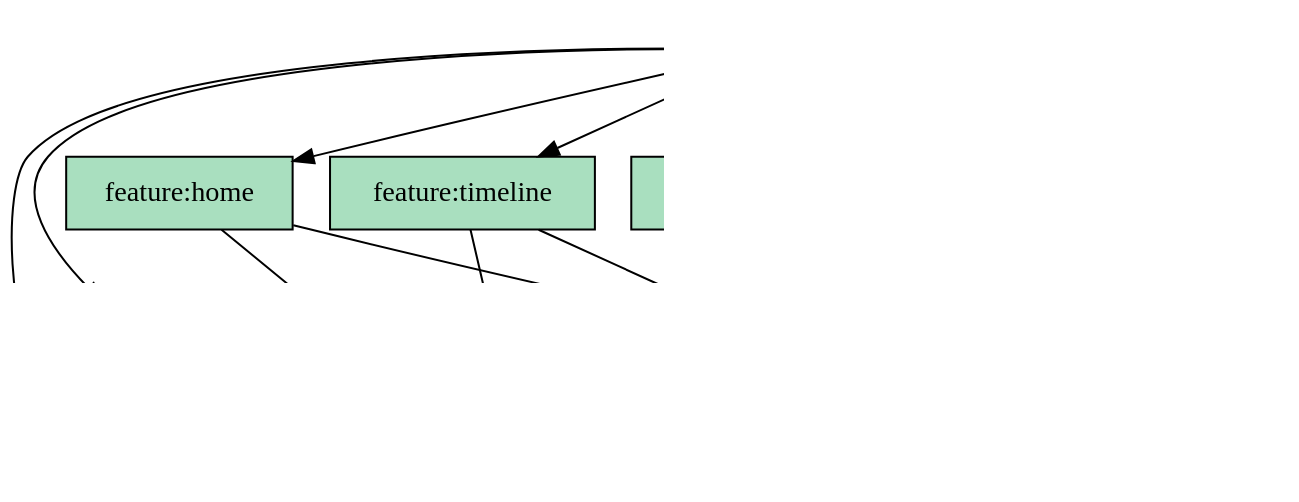
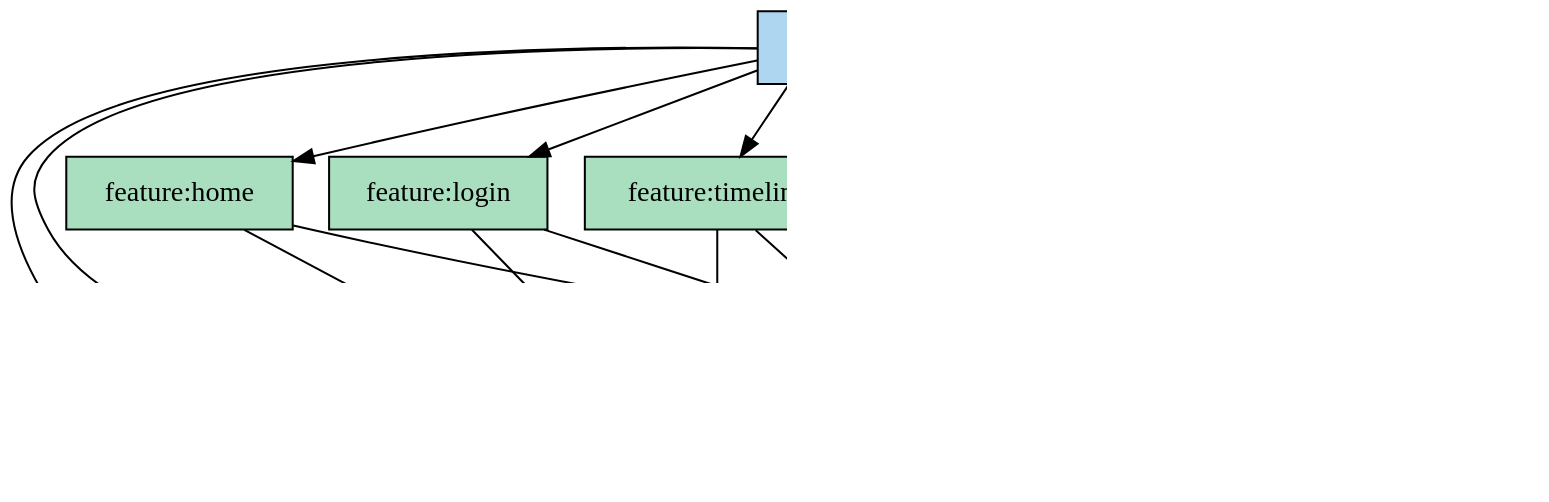
One commit to soma17th-369/Laimory-android changed the diagram in docs/dependency-graph/modules.dot. Above: the diagram before and after it, drawn with Graphviz. The commit also changed 2 other files, not shown here.

```diff
--- a/docs/dependency-graph/modules.dot
+++ b/docs/dependency-graph/modules.dot
@@ -1,40 +1,44 @@
 digraph "modules" {
 edge ["dir"="forward"]
 graph ["dpi"="150" "rankdir"="TB"]
 node ["shape"="rectangle" "style"="filled"]
 
 "app" ["label"="app" "fillcolor"="#AED6F1"]
 "core-collection" ["label"="core:collection" "fillcolor"="#FAD7A0"]
 "core-data" ["label"="core:data" "fillcolor"="#FAD7A0"]
 "core-domain" ["label"="core:domain" "fillcolor"="#D2B4DE"]
 "core-ui" ["label"="core:ui" "fillcolor"="#FAD7A0"]
 "core-util" ["label"="core:util" "fillcolor"="#FAD7A0"]
 "feature-collection" ["label"="feature:collection" "fillcolor"="#A9DFBF"]
 "feature-feature1" ["label"="feature:feature1" "fillcolor"="#A9DFBF"]
 "feature-home" ["label"="feature:home" "fillcolor"="#A9DFBF"]
+"feature-login" ["label"="feature:login" "fillcolor"="#A9DFBF"]
 "feature-timeline" ["label"="feature:timeline" "fillcolor"="#A9DFBF"]
 
 // edges
 "app" -> "core-collection"
 "app" -> "core-data"
 "app" -> "core-domain"
 "app" -> "core-ui"
 "app" -> "core-util"
 "app" -> "feature-collection"
 "app" -> "feature-feature1"
 "app" -> "feature-home"
+"app" -> "feature-login"
 "app" -> "feature-timeline"
 "core-collection" -> "core-domain"
 "core-collection" -> "core-util"
 "core-data" -> "core-domain"
 "core-ui" -> "core-domain"
 "core-ui" -> "core-util"
 "feature-collection" -> "core-domain"
 "feature-collection" -> "core-ui"
 "feature-feature1" -> "core-domain"
 "feature-feature1" -> "core-ui"
 "feature-home" -> "core-domain"
 "feature-home" -> "core-ui"
+"feature-login" -> "core-domain"
+"feature-login" -> "core-ui"
 "feature-timeline" -> "core-domain"
 "feature-timeline" -> "core-ui"
 }
```
